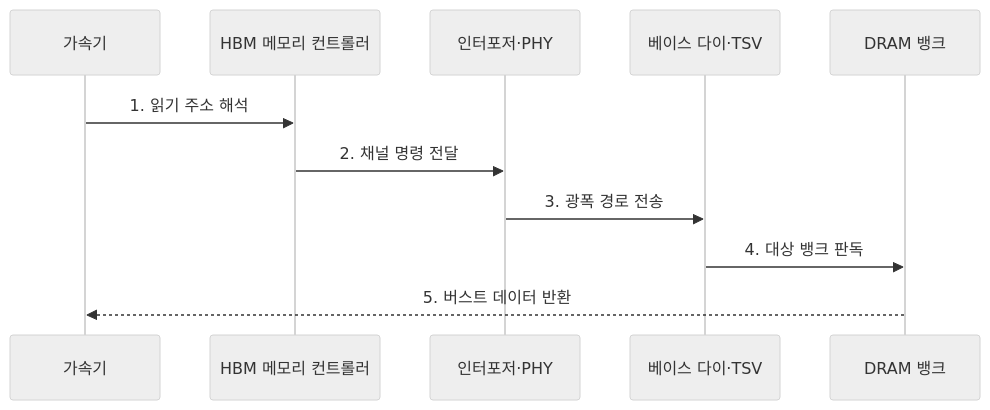
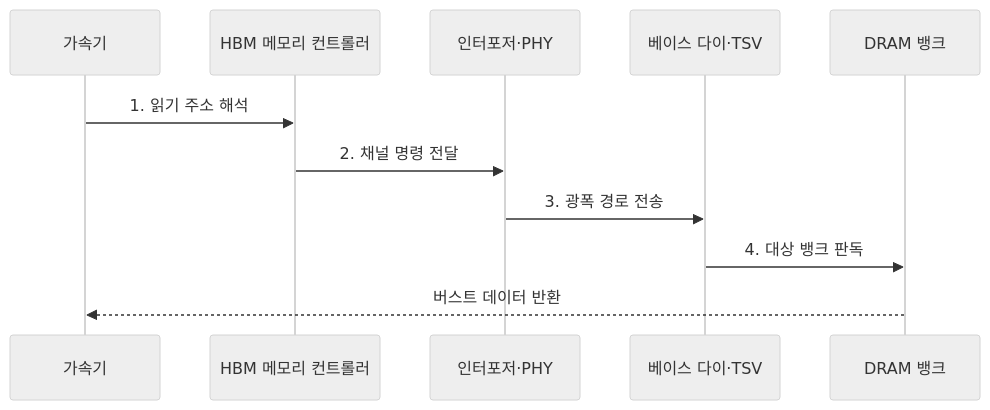
The second of 2 diagrams in src/content/docs/notes/02-hardware/025_hbm.md (agnusdei1207/knowledge-base), drawn with Mermaid (neutral theme) before and after one commit. The commit also changed other lines of this file and 20 other files, not shown here.

````diff
--- a/src/content/docs/notes/02-hardware/025_hbm.md
+++ b/src/content/docs/notes/02-hardware/025_hbm.md
@@ -94,14 +94,14 @@
 ```mermaid
 sequenceDiagram
     participant A as 가속기
     participant C as HBM 메모리 컨트롤러
     participant I as 인터포저·PHY
     participant V as 베이스 다이·TSV
     participant D as DRAM 뱅크
 
     A->>C: 1. 읽기 주소 해석
     C->>I: 2. 채널 명령 전달
     I->>V: 3. 광폭 경로 전송
     V->>D: 4. 대상 뱅크 판독
-    D-->>A: 5. 버스트 데이터 반환
+    D-->>A: 버스트 데이터 반환
 ```
````
